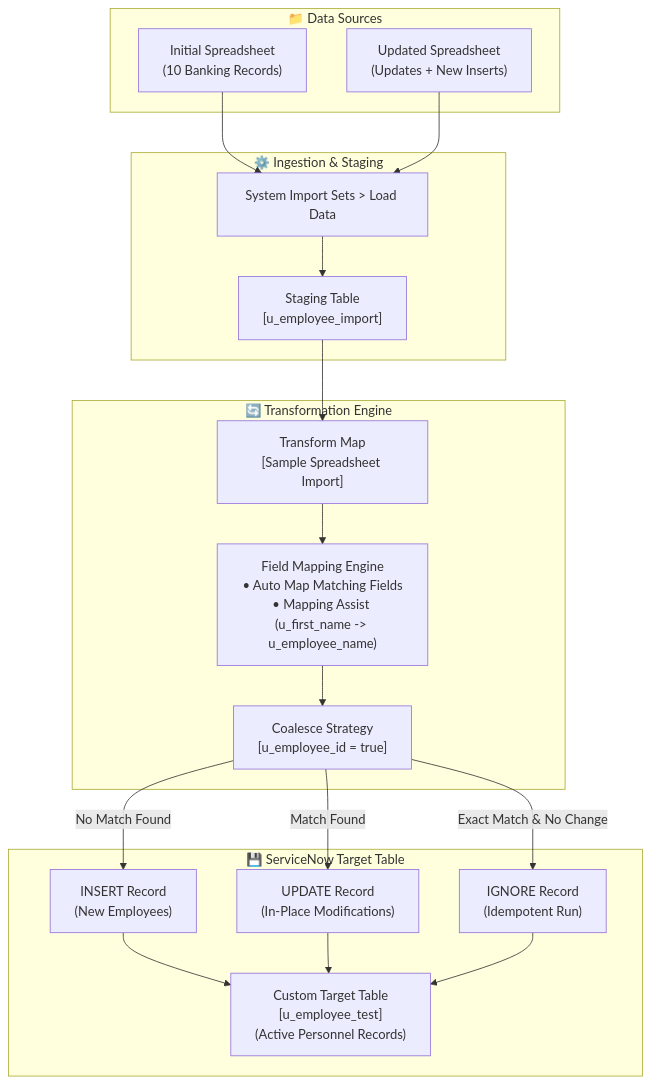
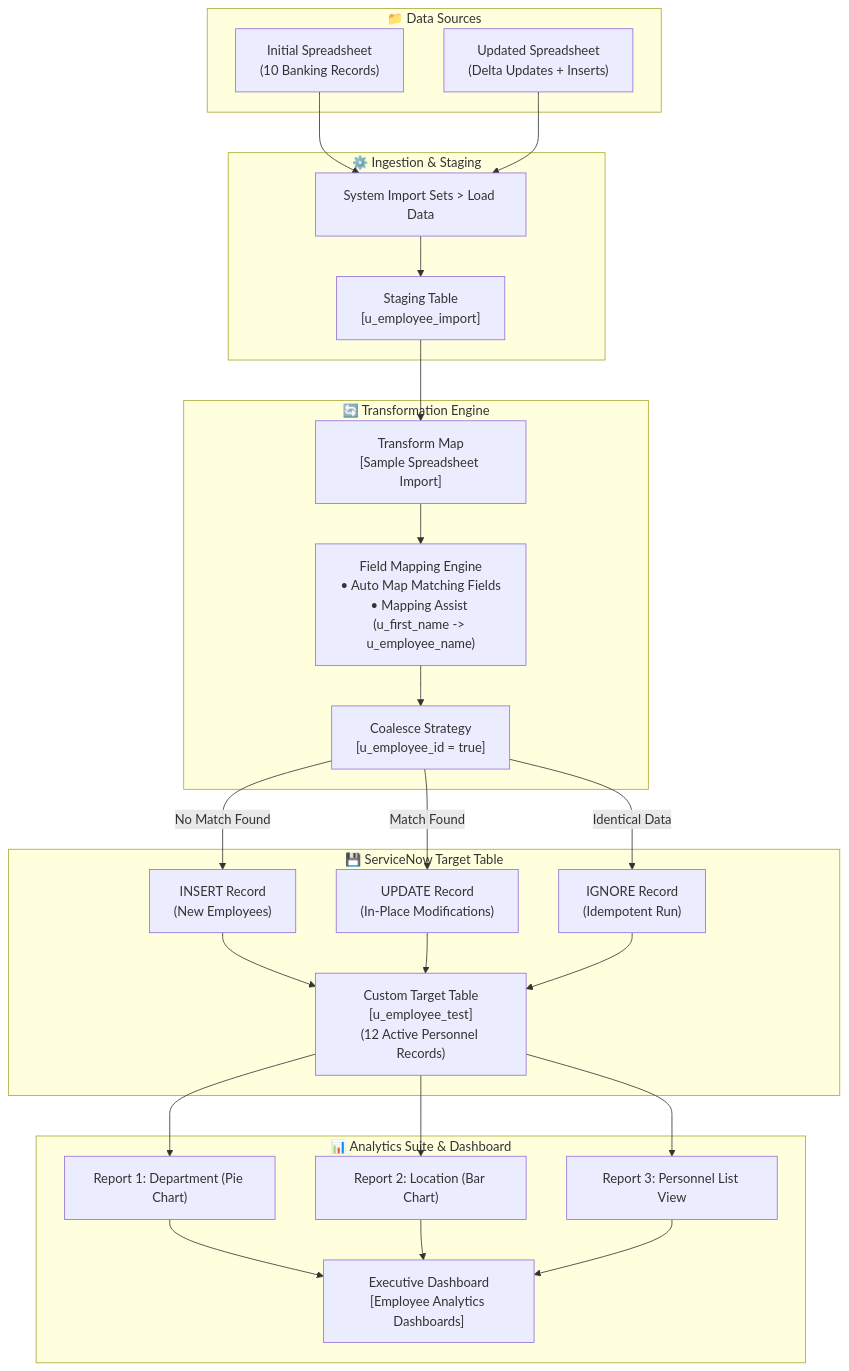
Before and after one commit to mathesh-gdev/import-data-using-transform-maps-spreadsheet: the diagram in README.md, drawn with Mermaid. The commit also changed other lines of this file and 4 other files, not shown here.

First line of the commit message:
feat(milestone-4): complete analytics reporting and executive dashboard

````diff
--- a/README.md
+++ b/README.md
@@ -38,34 +39,47 @@
 ```mermaid
 flowchart TD
     subgraph Data Sources ["📁 Data Sources"]
         DS1["Initial Spreadsheet<br/>(10 Banking Records)"]
-        DS2["Updated Spreadsheet<br/>(Updates + New Inserts)"]
+        DS2["Updated Spreadsheet<br/>(Delta Updates + Inserts)"]
     end
 
     subgraph Staging ["⚙️ Ingestion & Staging"]
         IS["System Import Sets > Load Data"]
         ST["Staging Table<br/>[u_employee_import]"]
         DS1 --> IS
         DS2 --> IS
         IS --> ST
     end
 
     subgraph Transformation ["🔄 Transformation Engine"]
         TM["Transform Map<br/>[Sample Spreadsheet Import]"]
         MAP["Field Mapping Engine<br/>• Auto Map Matching Fields<br/>• Mapping Assist (u_first_name -> u_employee_name)"]
         COAL["Coalesce Strategy<br/>[u_employee_id = true]"]
         ST --> TM
         TM --> MAP
         MAP --> COAL
     end
 
     subgraph Production ["💾 ServiceNow Target Table"]
-        TT["Custom Target Table<br/>[u_employee_test]<br/>(Active Personnel Records)"]
+        TT["Custom Target Table<br/>[u_employee_test]<br/>(12 Active Personnel Records)"]
         COAL -->|No Match Found| INS["INSERT Record<br/>(New Employees)"]
         COAL -->|Match Found| UPD["UPDATE Record<br/>(In-Place Modifications)"]
-        COAL -->|Exact Match & No Change| IGN["IGNORE Record<br/>(Idempotent Run)"]
+        COAL -->|Identical Data| IGN["IGNORE Record<br/>(Idempotent Run)"]
         INS --> TT
         UPD --> TT
         IGN --> TT
     end
+
+    subgraph Analytics ["📊 Analytics Suite & Dashboard"]
+        R1["Report 1: Department (Pie Chart)"]
+        R2["Report 2: Location (Bar Chart)"]
+        R3["Report 3: Personnel List View"]
+        DASH["Executive Dashboard<br/>[Employee Analytics Dashboards]"]
+        TT --> R1
+        TT --> R2
+        TT --> R3
+        R1 --> DASH
+        R2 --> DASH
+        R3 --> DASH
+    end
 ```
````
